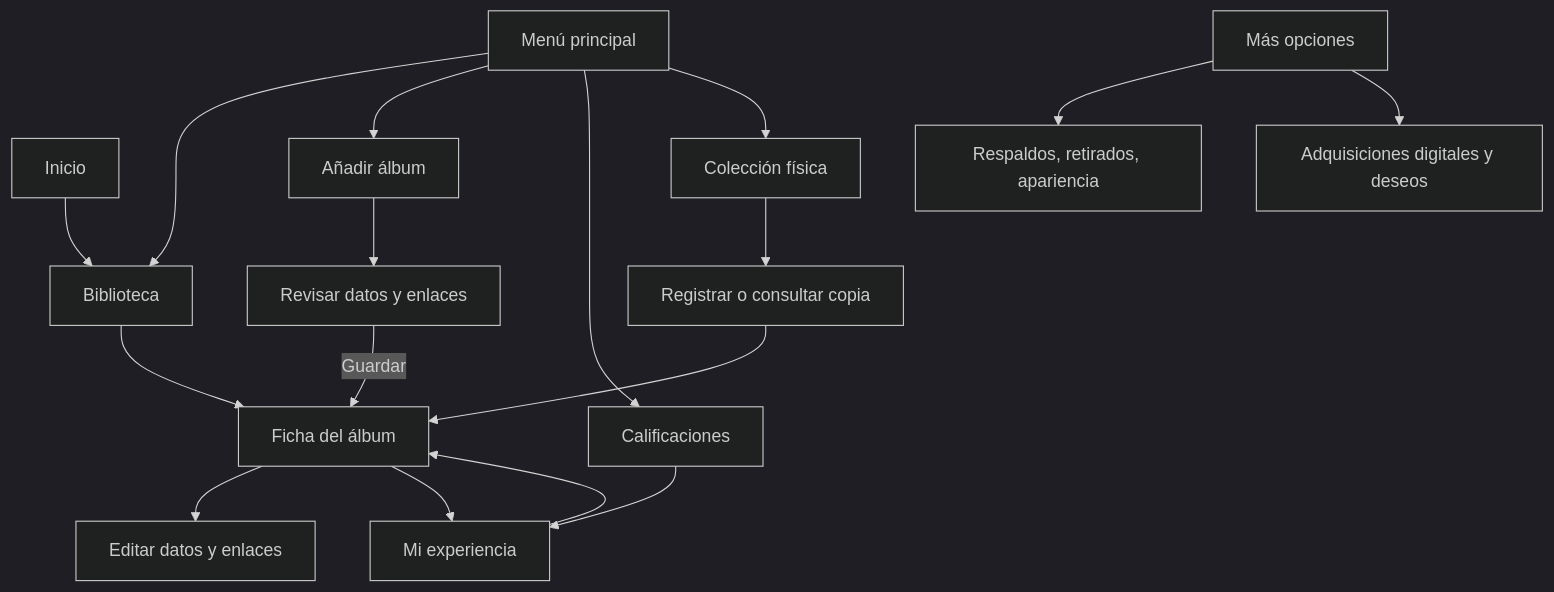
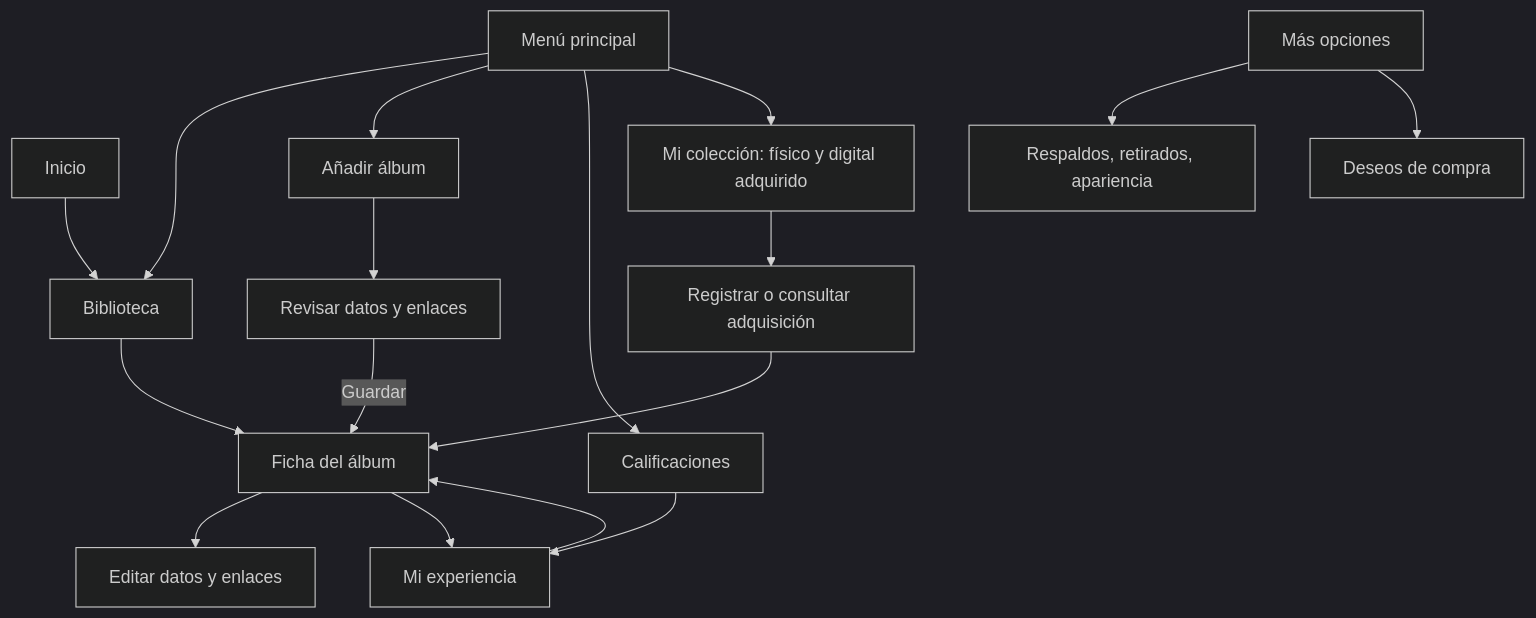
One commit to NicoCG32/Auditorium changed the first of 2 diagrams in docs/EXPERIENCIA_USUARIO.md. Above: the diagram before and after it, drawn with Mermaid (dark theme). The commit also changed other lines of this file and 5 other files, not shown here.

````diff
--- a/docs/EXPERIENCIA_USUARIO.md
+++ b/docs/EXPERIENCIA_USUARIO.md
@@ -22,19 +22,19 @@
 ```mermaid
 flowchart TD
     Inicio["Inicio"] --> Biblioteca["Biblioteca"]
     Menu["Menú principal"] --> Biblioteca
     Menu --> Alta["Añadir álbum"]
     Menu --> Calificaciones["Calificaciones"]
-    Menu --> Coleccion["Colección física"]
+    Menu --> Coleccion["Mi colección: físico y digital adquirido"]
     Biblioteca --> Ficha["Ficha del álbum"]
     Alta --> Revision["Revisar datos y enlaces"]
     Revision -->|Guardar| Ficha
     Calificaciones --> Experiencia["Mi experiencia"]
     Experiencia --> Ficha
-    Coleccion --> Copia["Registrar o consultar copia"]
+    Coleccion --> Copia["Registrar o consultar adquisición"]
     Copia --> Ficha
     Ficha --> Datos["Editar datos y enlaces"]
     Ficha --> Experiencia
     Mas["Más opciones"] --> Utilidades["Respaldos, retirados, apariencia"]
-    Mas --> Adquisiciones["Adquisiciones digitales y deseos"]
+    Mas --> Deseos["Deseos de compra"]
 ```
````
